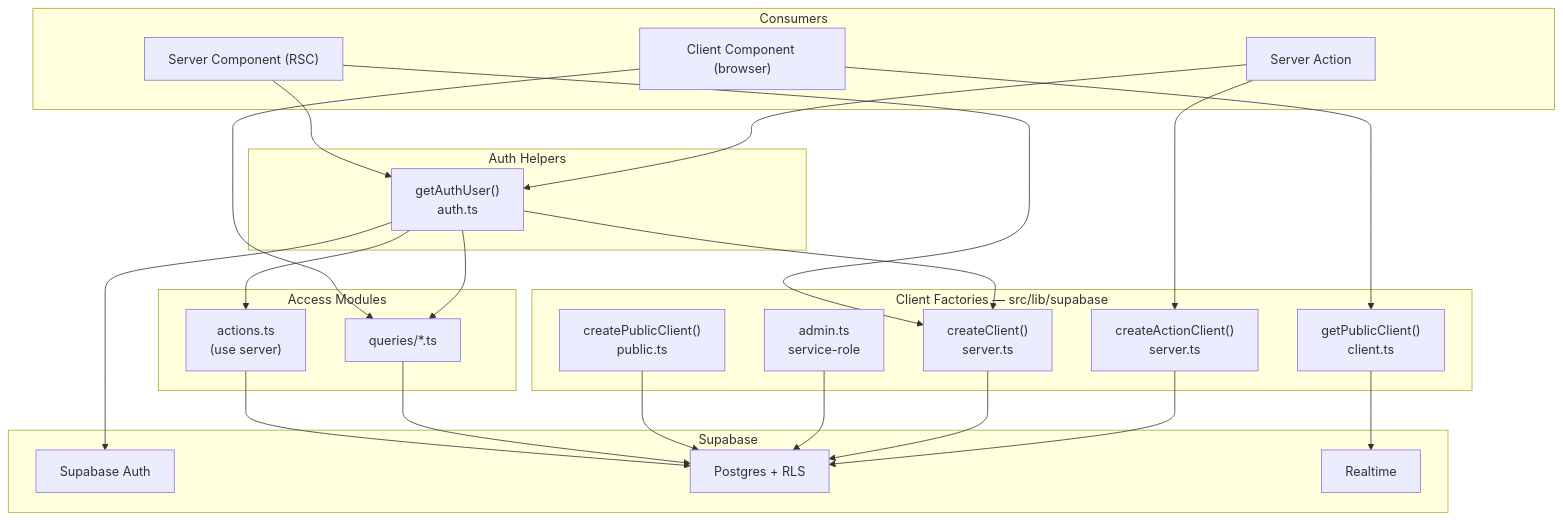
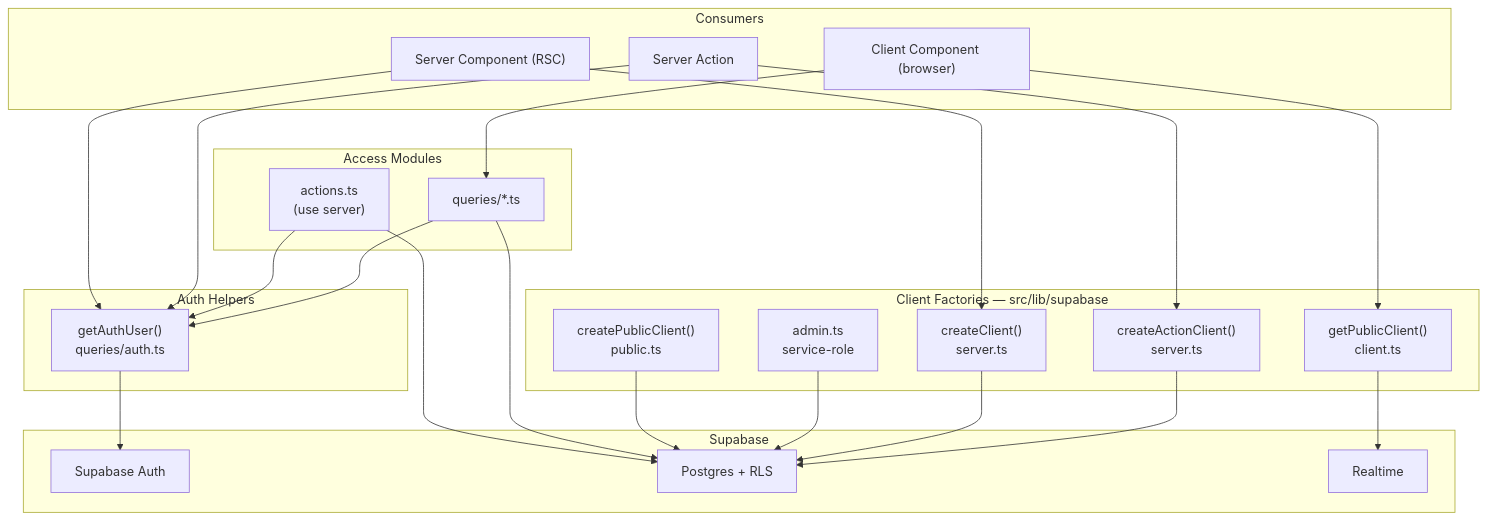
The diagram in src/content/docs/api-layer/server-actions-and-queries.md (jackcasstlesjones/ozeaon-wiki), drawn with Mermaid before and after one commit. The commit also changed other lines of this file and 6 other files, not shown here.

Commit message:
docs: trim api routes, server actions, posts, post images and media pages and the organizations components page

````diff
--- a/src/content/docs/api-layer/server-actions-and-queries.md
+++ b/src/content/docs/api-layer/server-actions-and-queries.md
@@ -46,50 +18,49 @@
 ```mermaid
 flowchart TD
     subgraph sg_Consumers["Consumers"]
         RSC["Server Component (RSC)"]
         Action["Server Action"]
         Browser["Client Component (browser)"]
     end
 
     subgraph sg_Factories["Client Factories — src/lib/supabase"]
         ServerFactory["createClient()<br/>server.ts"]
         ActionFactory["createActionClient()<br/>server.ts"]
         PublicFactory["createPublicClient()<br/>public.ts"]
         BrowserFactory["getPublicClient()<br/>client.ts"]
         AdminFactory["admin.ts<br/>service-role"]
     end
 
     subgraph sg_Helpers["Auth Helpers"]
-        GetAuthUser["getAuthUser()<br/>auth.ts"]
+        GetAuthUser["getAuthUser()<br/>queries/auth.ts"]
     end
 
     subgraph sg_Access["Access Modules"]
         ActionsMod["actions.ts<br/>(use server)"]
         QueriesMod["queries/*.ts"]
     end
 
     subgraph sg_Data["Supabase"]
         SupaAuth["Supabase Auth"]
         SupaDB["Postgres + RLS"]
         SupaRT["Realtime"]
     end
 
     RSC --> ServerFactory
     RSC --> GetAuthUser
     Action --> ActionFactory
     Action --> GetAuthUser
     Browser --> BrowserFactory
     Browser --> QueriesMod
 
-    GetAuthUser --> ServerFactory
+    ActionsMod --> GetAuthUser
+    QueriesMod --> GetAuthUser
     GetAuthUser --> SupaAuth
-    GetAuthUser --> ActionsMod
-    GetAuthUser --> QueriesMod
     ActionsMod --> SupaDB
     QueriesMod --> SupaDB
     PublicFactory --> SupaDB
     AdminFactory --> SupaDB
     BrowserFactory --> SupaRT
     ServerFactory --> SupaDB
     ActionFactory --> SupaDB
 ```
````
